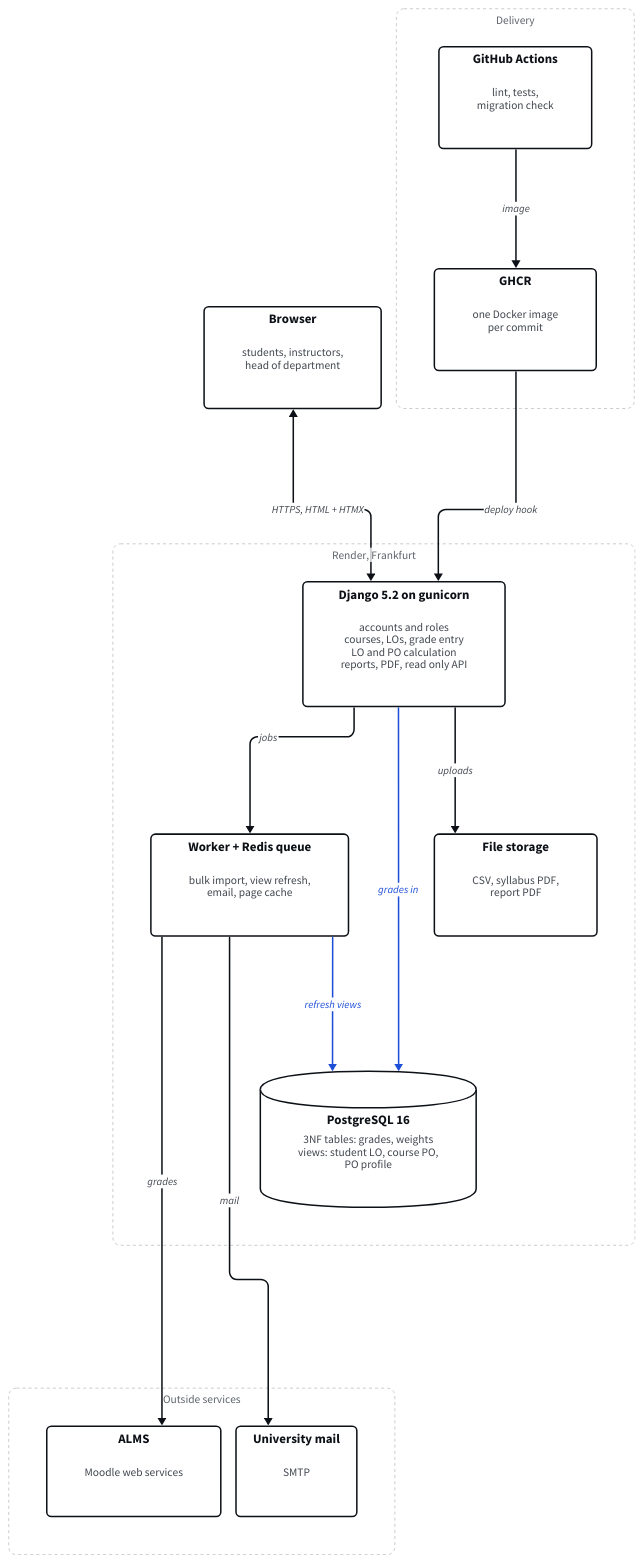
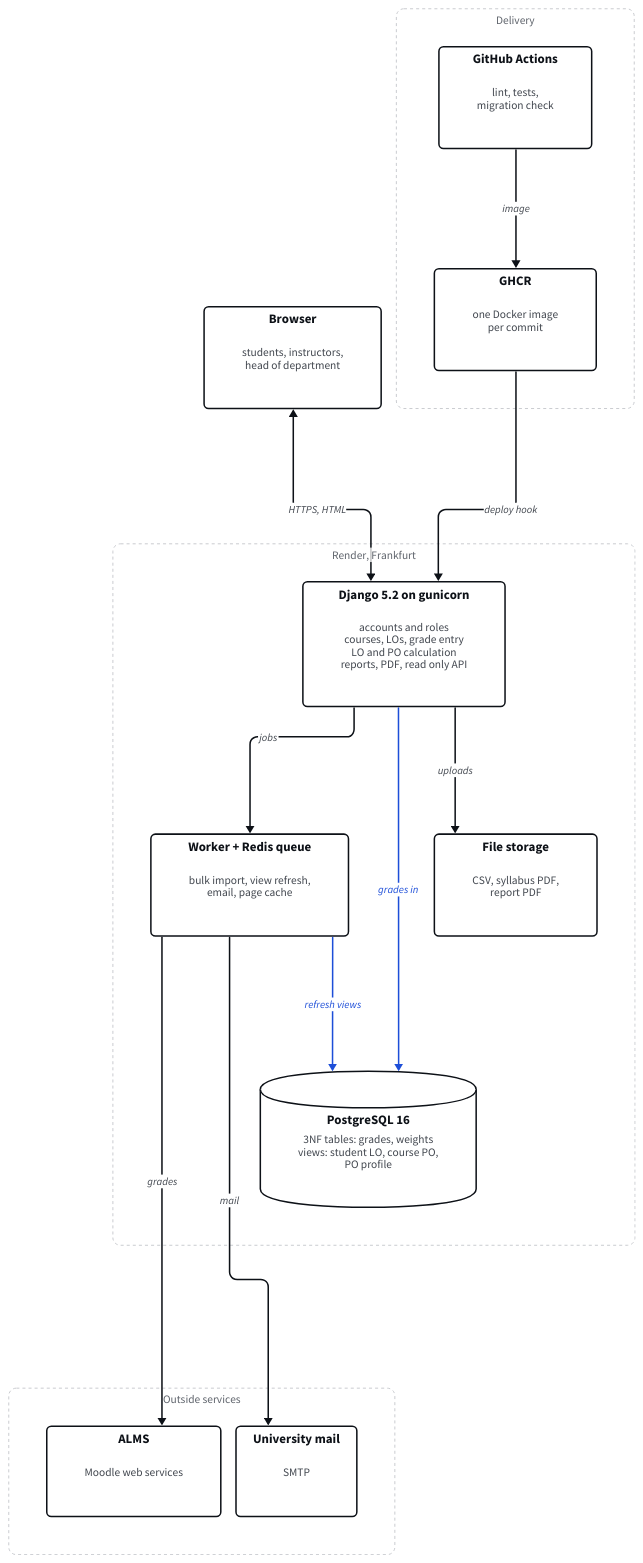
Before and after one commit to rmz-oz/aculator: the diagram in docs/architecture.d2, drawn with D2. The commit also changed 6 other files, not shown here.

Commit message:
Sprint 2 review fixes, drop HTMX from the architecture diagram

```diff
--- a/docs/architecture.d2
+++ b/docs/architecture.d2
@@ -1,124 +1,124 @@
 # aculator architecture. Source for docs/architecture.svg and docs/architecture.png.
 # Render with Schibsted Grotesk (decision 0006):
 #   d2 --layout elk --font-regular SchibstedGrotesk-Regular.ttf --font-bold SchibstedGrotesk-Bold.ttf \
 #      docs/architecture.d2 docs/architecture.svg
 
 vars: {
   d2-config: {
     layout-engine: elk
     pad: 48
   }
 }
 
 direction: down
 
 classes: {
   box: {
     style: {
       fill: "#FFFFFF"
       stroke: "#0D1117"
       stroke-width: 2
       border-radius: 6
       font-color: "#0D1117"
       font-size: 17
       bold: true
     }
   }
   group: {
     style: {
       fill: "#FFFFFF"
       stroke: "#B9BCC1"
       stroke-width: 1
       stroke-dash: 4
       border-radius: 10
       font-color: "#5F646C"
       font-size: 15
       bold: false
     }
   }
   desc: {
     shape: text
     style: {
       font-color: "#41464E"
       font-size: 15
       bold: false
     }
   }
   flow: {
     style: {
       stroke: "#0D1117"
       stroke-width: 2
       font-color: "#41464E"
       font-size: 14
     }
   }
   data: {
     style: {
       stroke: "#1D4ED8"
       stroke-width: 2
       font-color: "#1D4ED8"
       font-size: 14
     }
   }
 }
 
 browser: "Browser" {
   class: box
   d: "students, instructors,\nhead of department" {class: desc}
 }
 
 delivery: "Delivery" {
   class: group
   actions: "GitHub Actions" {
     class: box
     d: "lint, tests,\nmigration check" {class: desc}
   }
   ghcr: "GHCR" {
     class: box
     d: "one Docker image\nper commit" {class: desc}
   }
   actions -> ghcr: "image" {class: flow}
 }
 
 render: "Render, Frankfurt" {
   class: group
   app: "Django 5.2 on gunicorn" {
     class: box
     d: "accounts and roles\ncourses, LOs, grade entry\nLO and PO calculation\nreports, PDF, read only API" {class: desc}
   }
   worker: "Worker + Redis queue" {
     class: box
     d: "bulk import, view refresh,\nemail, page cache" {class: desc}
   }
   disk: "File storage" {
     class: box
     d: "CSV, syllabus PDF,\nreport PDF" {class: desc}
   }
   pg: "PostgreSQL 16" {
     class: box
     shape: cylinder
     d: "3NF tables: grades, weights\nviews: student LO, course PO,\nPO profile" {class: desc}
   }
 
   app -> worker: "jobs" {class: flow}
   app -> pg: "grades in" {class: data}
   worker -> pg: "refresh views" {class: data}
   app -> disk: "uploads" {class: flow}
 }
 
 outside: "Outside services" {
   class: group
   alms: "ALMS" {
     class: box
     d: "Moodle web services" {class: desc}
   }
   smtp: "University mail" {
     class: box
     d: "SMTP" {class: desc}
   }
 }
 
-browser <-> render.app: "HTTPS, HTML + HTMX" {class: flow}
+browser <-> render.app: "HTTPS, HTML" {class: flow}
 delivery.ghcr -> render.app: "deploy hook" {class: flow}
 render.worker -> outside.alms: "grades" {class: flow}
 render.worker -> outside.smtp: "mail" {class: flow}
```
